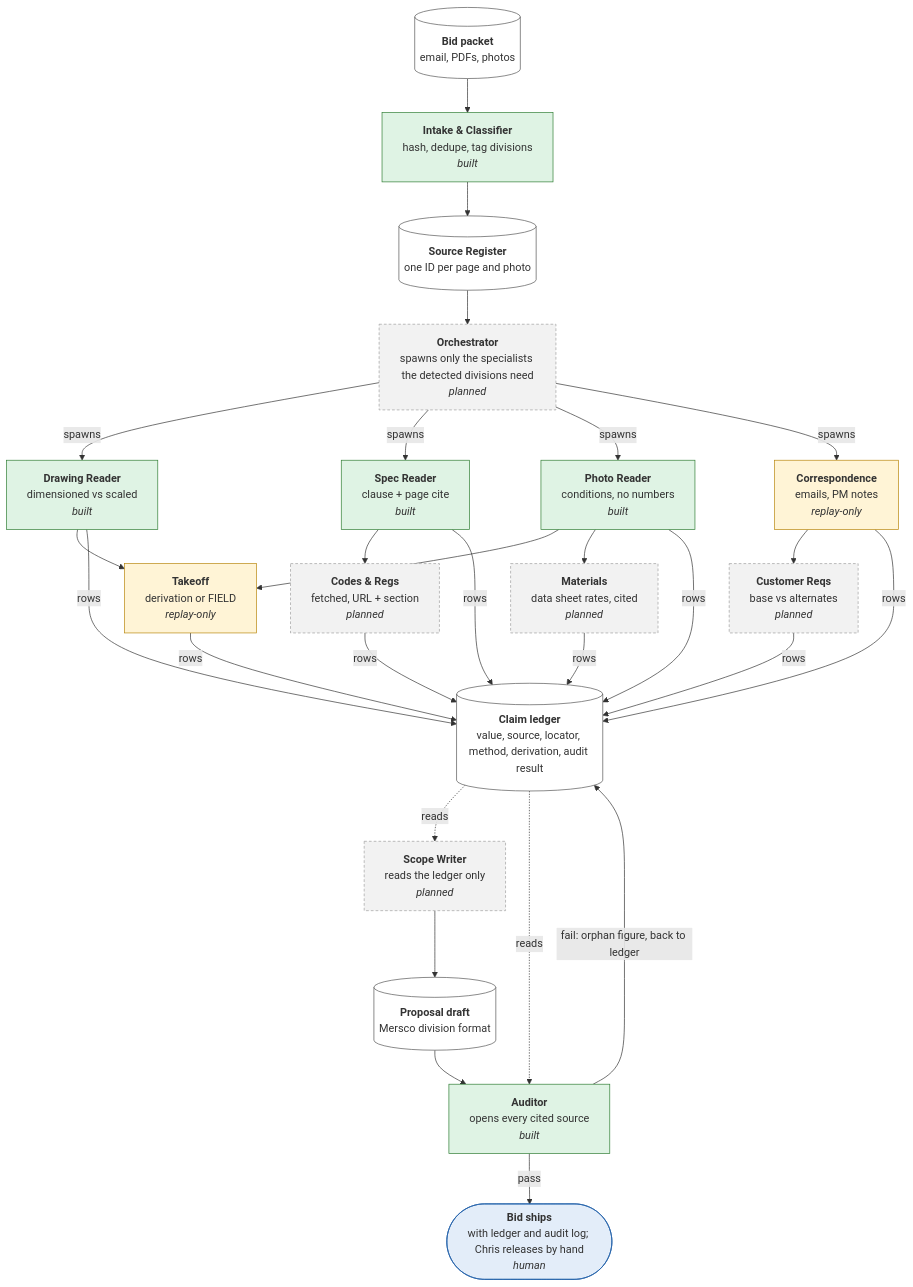
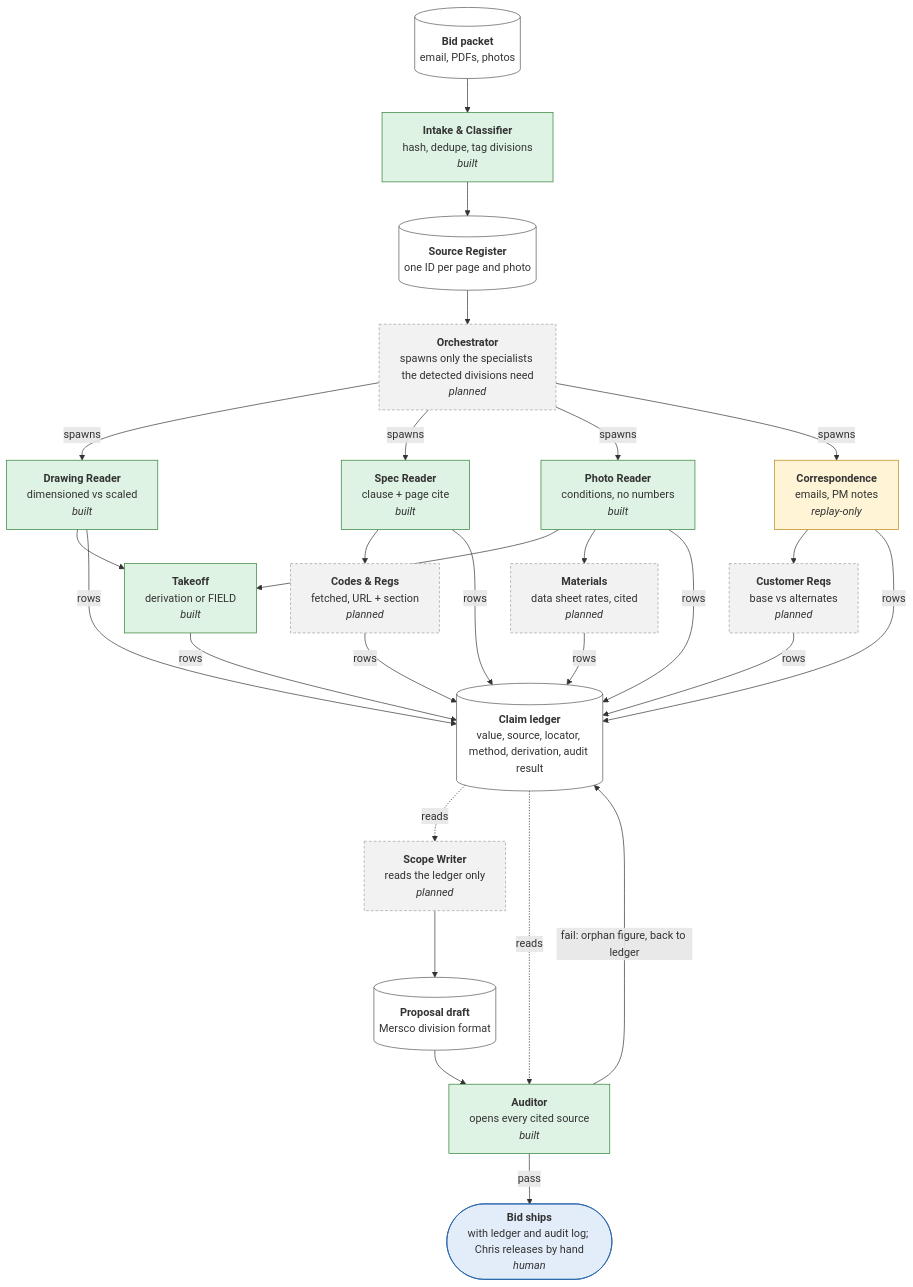
Before and after one commit to ScottyN000/ChrisBids: the diagram in docs/pipeline-dag.md, drawn with Mermaid. The commit also changed other lines of this file and 2 other files, not shown here.

Commit message:
Takeoff passed the live gate: mark it built on the DAG
Actions run 37780360959, both jobs green.

Claude-Session: https://claude.ai/code/session_018PfaY6A4eZgfeXMf5PfgK5

````diff
--- a/docs/pipeline-dag.md
+++ b/docs/pipeline-dag.md
@@ -9,56 +9,56 @@
 ```mermaid
 flowchart TD
     packet[("<b>Bid packet</b><br/>email, PDFs, photos")]
     intake["<b>Intake & Classifier</b><br/>hash, dedupe, tag divisions<br/><i>built</i>"]
     register[("<b>Source Register</b><br/>one ID per page and photo")]
     orchestrator["<b>Orchestrator</b><br/>spawns only the specialists the detected divisions need<br/><i>planned</i>"]
     drawing["<b>Drawing Reader</b><br/>dimensioned vs scaled<br/><i>built</i>"]
     spec["<b>Spec Reader</b><br/>clause + page cite<br/><i>built</i>"]
     photo["<b>Photo Reader</b><br/>conditions, no numbers<br/><i>built</i>"]
     correspondence["<b>Correspondence</b><br/>emails, PM notes<br/><i>replay-only</i>"]
-    takeoff["<b>Takeoff</b><br/>derivation or FIELD<br/><i>replay-only</i>"]
+    takeoff["<b>Takeoff</b><br/>derivation or FIELD<br/><i>built</i>"]
     codes["<b>Codes & Regs</b><br/>fetched, URL + section<br/><i>planned</i>"]
     materials["<b>Materials</b><br/>data sheet rates, cited<br/><i>planned</i>"]
     customer["<b>Customer Reqs</b><br/>base vs alternates<br/><i>planned</i>"]
     ledger[("<b>Claim ledger</b><br/>value, source, locator, method, derivation, audit result")]
     scope_writer["<b>Scope Writer</b><br/>reads the ledger only<br/><i>planned</i>"]
     draft[("<b>Proposal draft</b><br/>Mersco division format")]
     auditor["<b>Auditor</b><br/>opens every cited source<br/><i>built</i>"]
     ships(["<b>Bid ships</b><br/>with ledger and audit log; Chris releases by hand<br/><i>human</i>"])
     packet --> intake
     intake --> register
     register --> orchestrator
     orchestrator -->|spawns| drawing
     orchestrator -->|spawns| spec
     orchestrator -->|spawns| photo
     orchestrator -->|spawns| correspondence
     drawing --> takeoff
     photo --> takeoff
     spec --> codes
     photo --> materials
     correspondence --> customer
     drawing -->|rows| ledger
     spec -->|rows| ledger
     photo -->|rows| ledger
     correspondence -->|rows| ledger
     takeoff -->|rows| ledger
     codes -->|rows| ledger
     materials -->|rows| ledger
     customer -->|rows| ledger
     ledger -.->|reads| scope_writer
     scope_writer --> draft
     draft --> auditor
     ledger -.->|reads| auditor
     auditor -->|fail: orphan figure, back to ledger| ledger
     auditor -->|pass| ships
     classDef built fill:#dff3e4,stroke:#2e7d32
     classDef replay fill:#fff4d6,stroke:#b8860b
     classDef planned fill:#f2f2f2,stroke:#9e9e9e,stroke-dasharray: 4 3
     classDef human fill:#e3edf9,stroke:#1f5fa8
     classDef data fill:#ffffff,stroke:#555
-    class intake,drawing,spec,photo,auditor built
-    class correspondence,takeoff replay
+    class intake,drawing,spec,photo,takeoff,auditor built
+    class correspondence replay
     class orchestrator,codes,materials,customer,scope_writer planned
     class ships human
     class packet,register,ledger,draft data
 ```
````
